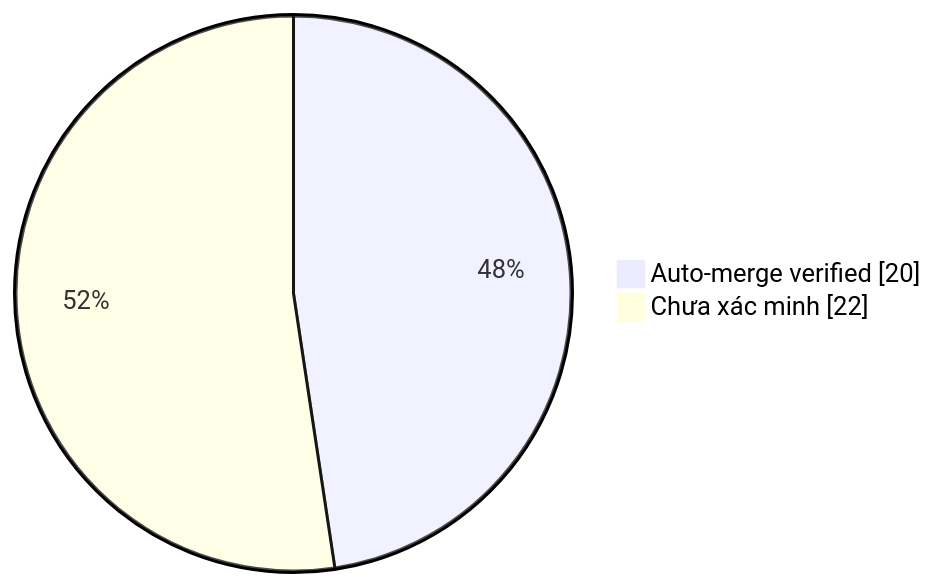
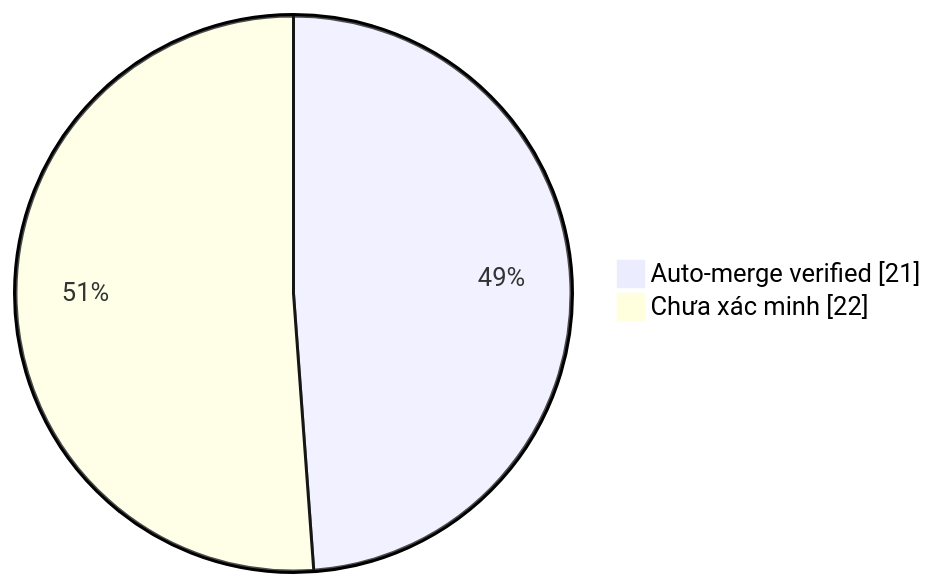
Before and after one commit to duykhang68/tetdinhmuiblog: the diagram in collector.md, drawn with Mermaid. The commit also changed other lines of this file and 1 other file, not shown here.

Commit message:
docs(collector): update auto-merge evidence dashboard

````diff
--- a/collector.md
+++ b/collector.md
@@ -22,5 +22,5 @@
 ```mermaid
 pie showData
-    "Auto-merge verified" : 20
+    "Auto-merge verified" : 21
     "Chưa xác minh" : 22
 ```
````
